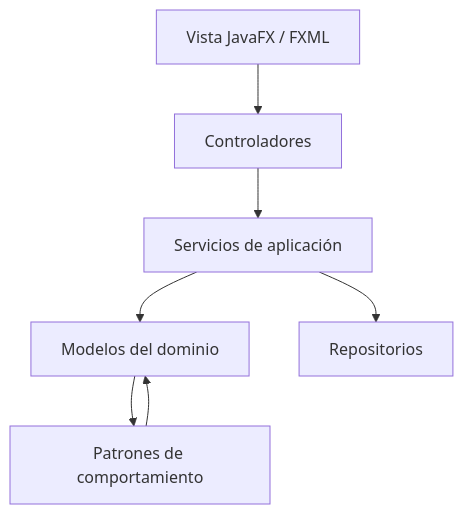
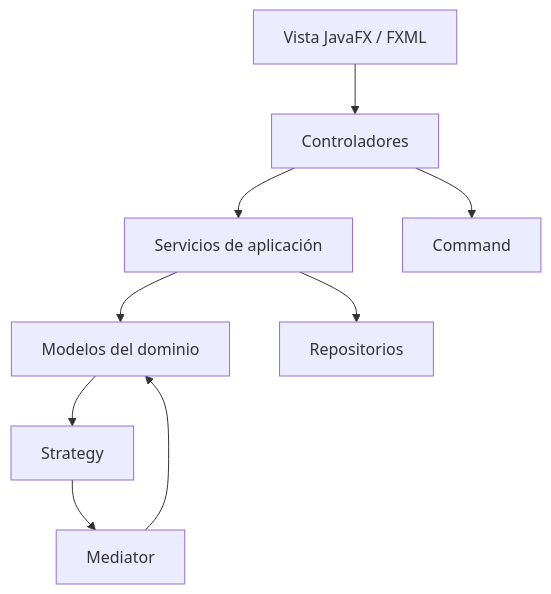
Before and after one commit to JUAN-404-NOT-FOUND/hogares_inteligentes: the diagram in README.md, drawn with Mermaid. The commit also changed other lines of this file and 7 other files, not shown here.

First line of the commit message:
Terminé Strategy y Mediator

````diff
--- a/README.md
+++ b/README.md
@@ -30,9 +30,11 @@
 ```mermaid
 flowchart TD
     V[Vista JavaFX / FXML] --> C[Controladores]
     C --> S[Servicios de aplicación]
     S --> M[Modelos del dominio]
     S --> R[Repositorios]
-    M --> P[Patrones de comportamiento]
-    P --> M
+    C --> CM[Command]
+    M --> STR[Strategy]
+    STR --> MED[Mediator]
+    MED --> M
 ```
````
